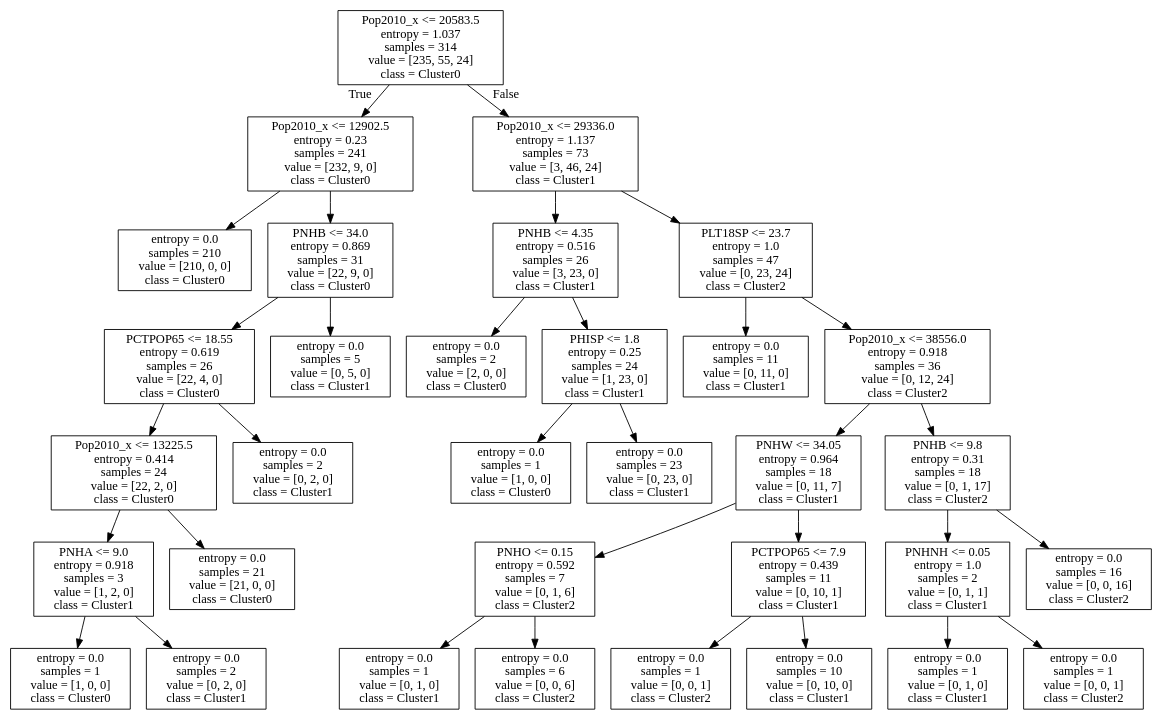
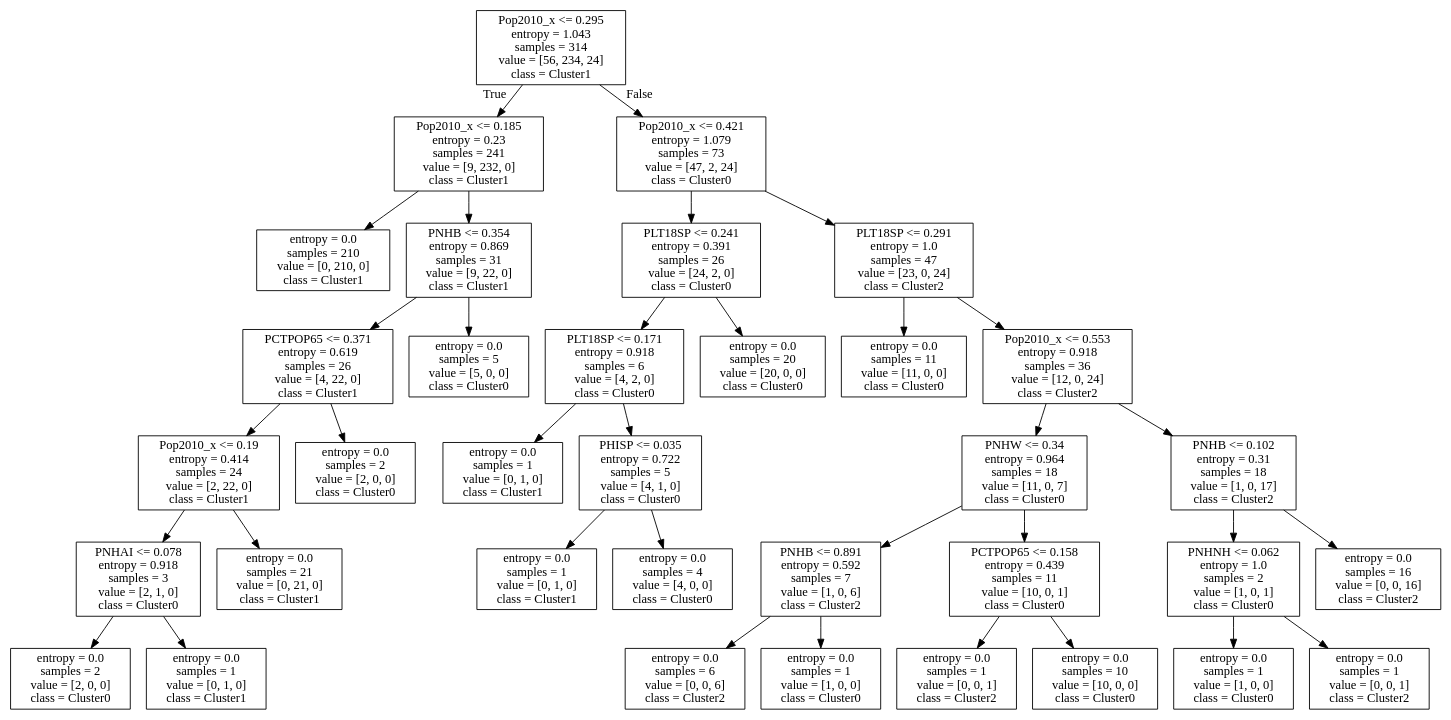
The diagram in tree_entropy.dot (arunkulkarni95/COSC467_FinalProject), drawn with Graphviz before and after one commit. The commit also changed 2 other files, not shown here.

```diff
--- a/tree_entropy.dot
+++ b/tree_entropy.dot
@@ -1,68 +1,72 @@
 digraph Tree {
 node [shape=box] ;
-0 [label="Pop2010_x <= 20583.5\nentropy = 1.037\nsamples = 314\nvalue = [235, 55, 24]\nclass = Cluster0"] ;
-1 [label="Pop2010_x <= 12902.5\nentropy = 0.23\nsamples = 241\nvalue = [232, 9, 0]\nclass = Cluster0"] ;
+0 [label="Pop2010_x <= 0.295\nentropy = 1.043\nsamples = 314\nvalue = [56, 234, 24]\nclass = Cluster1"] ;
+1 [label="Pop2010_x <= 0.185\nentropy = 0.23\nsamples = 241\nvalue = [9, 232, 0]\nclass = Cluster1"] ;
 0 -> 1 [labeldistance=2.5, labelangle=45, headlabel="True"] ;
-2 [label="entropy = 0.0\nsamples = 210\nvalue = [210, 0, 0]\nclass = Cluster0"] ;
+2 [label="entropy = 0.0\nsamples = 210\nvalue = [0, 210, 0]\nclass = Cluster1"] ;
 1 -> 2 ;
-3 [label="PNHB <= 34.0\nentropy = 0.869\nsamples = 31\nvalue = [22, 9, 0]\nclass = Cluster0"] ;
+3 [label="PNHB <= 0.354\nentropy = 0.869\nsamples = 31\nvalue = [9, 22, 0]\nclass = Cluster1"] ;
 1 -> 3 ;
-4 [label="PCTPOP65 <= 18.55\nentropy = 0.619\nsamples = 26\nvalue = [22, 4, 0]\nclass = Cluster0"] ;
+4 [label="PCTPOP65 <= 0.371\nentropy = 0.619\nsamples = 26\nvalue = [4, 22, 0]\nclass = Cluster1"] ;
 3 -> 4 ;
-5 [label="Pop2010_x <= 13225.5\nentropy = 0.414\nsamples = 24\nvalue = [22, 2, 0]\nclass = Cluster0"] ;
+5 [label="Pop2010_x <= 0.19\nentropy = 0.414\nsamples = 24\nvalue = [2, 22, 0]\nclass = Cluster1"] ;
 4 -> 5 ;
-6 [label="PNHA <= 9.0\nentropy = 0.918\nsamples = 3\nvalue = [1, 2, 0]\nclass = Cluster1"] ;
+6 [label="PNHAI <= 0.078\nentropy = 0.918\nsamples = 3\nvalue = [2, 1, 0]\nclass = Cluster0"] ;
 5 -> 6 ;
-7 [label="entropy = 0.0\nsamples = 1\nvalue = [1, 0, 0]\nclass = Cluster0"] ;
+7 [label="entropy = 0.0\nsamples = 2\nvalue = [2, 0, 0]\nclass = Cluster0"] ;
 6 -> 7 ;
-8 [label="entropy = 0.0\nsamples = 2\nvalue = [0, 2, 0]\nclass = Cluster1"] ;
+8 [label="entropy = 0.0\nsamples = 1\nvalue = [0, 1, 0]\nclass = Cluster1"] ;
 6 -> 8 ;
-9 [label="entropy = 0.0\nsamples = 21\nvalue = [21, 0, 0]\nclass = Cluster0"] ;
+9 [label="entropy = 0.0\nsamples = 21\nvalue = [0, 21, 0]\nclass = Cluster1"] ;
 5 -> 9 ;
-10 [label="entropy = 0.0\nsamples = 2\nvalue = [0, 2, 0]\nclass = Cluster1"] ;
+10 [label="entropy = 0.0\nsamples = 2\nvalue = [2, 0, 0]\nclass = Cluster0"] ;
 4 -> 10 ;
-11 [label="entropy = 0.0\nsamples = 5\nvalue = [0, 5, 0]\nclass = Cluster1"] ;
+11 [label="entropy = 0.0\nsamples = 5\nvalue = [5, 0, 0]\nclass = Cluster0"] ;
 3 -> 11 ;
-12 [label="Pop2010_x <= 29336.0\nentropy = 1.137\nsamples = 73\nvalue = [3, 46, 24]\nclass = Cluster1"] ;
+12 [label="Pop2010_x <= 0.421\nentropy = 1.079\nsamples = 73\nvalue = [47, 2, 24]\nclass = Cluster0"] ;
 0 -> 12 [labeldistance=2.5, labelangle=-45, headlabel="False"] ;
-13 [label="PNHB <= 4.35\nentropy = 0.516\nsamples = 26\nvalue = [3, 23, 0]\nclass = Cluster1"] ;
+13 [label="PLT18SP <= 0.241\nentropy = 0.391\nsamples = 26\nvalue = [24, 2, 0]\nclass = Cluster0"] ;
 12 -> 13 ;
-14 [label="entropy = 0.0\nsamples = 2\nvalue = [2, 0, 0]\nclass = Cluster0"] ;
+14 [label="PLT18SP <= 0.171\nentropy = 0.918\nsamples = 6\nvalue = [4, 2, 0]\nclass = Cluster0"] ;
 13 -> 14 ;
-15 [label="PHISP <= 1.8\nentropy = 0.25\nsamples = 24\nvalue = [1, 23, 0]\nclass = Cluster1"] ;
-13 -> 15 ;
-16 [label="entropy = 0.0\nsamples = 1\nvalue = [1, 0, 0]\nclass = Cluster0"] ;
-15 -> 16 ;
-17 [label="entropy = 0.0\nsamples = 23\nvalue = [0, 23, 0]\nclass = Cluster1"] ;
-15 -> 17 ;
-18 [label="PLT18SP <= 23.7\nentropy = 1.0\nsamples = 47\nvalue = [0, 23, 24]\nclass = Cluster2"] ;
-12 -> 18 ;
-19 [label="entropy = 0.0\nsamples = 11\nvalue = [0, 11, 0]\nclass = Cluster1"] ;
-18 -> 19 ;
-20 [label="Pop2010_x <= 38556.0\nentropy = 0.918\nsamples = 36\nvalue = [0, 12, 24]\nclass = Cluster2"] ;
-18 -> 20 ;
-21 [label="PNHW <= 34.05\nentropy = 0.964\nsamples = 18\nvalue = [0, 11, 7]\nclass = Cluster1"] ;
+15 [label="entropy = 0.0\nsamples = 1\nvalue = [0, 1, 0]\nclass = Cluster1"] ;
+14 -> 15 ;
+16 [label="PHISP <= 0.035\nentropy = 0.722\nsamples = 5\nvalue = [4, 1, 0]\nclass = Cluster0"] ;
+14 -> 16 ;
+17 [label="entropy = 0.0\nsamples = 1\nvalue = [0, 1, 0]\nclass = Cluster1"] ;
+16 -> 17 ;
+18 [label="entropy = 0.0\nsamples = 4\nvalue = [4, 0, 0]\nclass = Cluster0"] ;
+16 -> 18 ;
+19 [label="entropy = 0.0\nsamples = 20\nvalue = [20, 0, 0]\nclass = Cluster0"] ;
+13 -> 19 ;
+20 [label="PLT18SP <= 0.291\nentropy = 1.0\nsamples = 47\nvalue = [23, 0, 24]\nclass = Cluster2"] ;
+12 -> 20 ;
+21 [label="entropy = 0.0\nsamples = 11\nvalue = [11, 0, 0]\nclass = Cluster0"] ;
 20 -> 21 ;
-22 [label="PNHO <= 0.15\nentropy = 0.592\nsamples = 7\nvalue = [0, 1, 6]\nclass = Cluster2"] ;
-21 -> 22 ;
-23 [label="entropy = 0.0\nsamples = 1\nvalue = [0, 1, 0]\nclass = Cluster1"] ;
+22 [label="Pop2010_x <= 0.553\nentropy = 0.918\nsamples = 36\nvalue = [12, 0, 24]\nclass = Cluster2"] ;
+20 -> 22 ;
+23 [label="PNHW <= 0.34\nentropy = 0.964\nsamples = 18\nvalue = [11, 0, 7]\nclass = Cluster0"] ;
 22 -> 23 ;
-24 [label="entropy = 0.0\nsamples = 6\nvalue = [0, 0, 6]\nclass = Cluster2"] ;
-22 -> 24 ;
-25 [label="PCTPOP65 <= 7.9\nentropy = 0.439\nsamples = 11\nvalue = [0, 10, 1]\nclass = Cluster1"] ;
-21 -> 25 ;
-26 [label="entropy = 0.0\nsamples = 1\nvalue = [0, 0, 1]\nclass = Cluster2"] ;
-25 -> 26 ;
-27 [label="entropy = 0.0\nsamples = 10\nvalue = [0, 10, 0]\nclass = Cluster1"] ;
-25 -> 27 ;
-28 [label="PNHB <= 9.8\nentropy = 0.31\nsamples = 18\nvalue = [0, 1, 17]\nclass = Cluster2"] ;
-20 -> 28 ;
-29 [label="PNHNH <= 0.05\nentropy = 1.0\nsamples = 2\nvalue = [0, 1, 1]\nclass = Cluster1"] ;
-28 -> 29 ;
-30 [label="entropy = 0.0\nsamples = 1\nvalue = [0, 1, 0]\nclass = Cluster1"] ;
-29 -> 30 ;
-31 [label="entropy = 0.0\nsamples = 1\nvalue = [0, 0, 1]\nclass = Cluster2"] ;
-29 -> 31 ;
-32 [label="entropy = 0.0\nsamples = 16\nvalue = [0, 0, 16]\nclass = Cluster2"] ;
-28 -> 32 ;
+24 [label="PNHB <= 0.891\nentropy = 0.592\nsamples = 7\nvalue = [1, 0, 6]\nclass = Cluster2"] ;
+23 -> 24 ;
+25 [label="entropy = 0.0\nsamples = 6\nvalue = [0, 0, 6]\nclass = Cluster2"] ;
+24 -> 25 ;
+26 [label="entropy = 0.0\nsamples = 1\nvalue = [1, 0, 0]\nclass = Cluster0"] ;
+24 -> 26 ;
+27 [label="PCTPOP65 <= 0.158\nentropy = 0.439\nsamples = 11\nvalue = [10, 0, 1]\nclass = Cluster0"] ;
+23 -> 27 ;
+28 [label="entropy = 0.0\nsamples = 1\nvalue = [0, 0, 1]\nclass = Cluster2"] ;
+27 -> 28 ;
+29 [label="entropy = 0.0\nsamples = 10\nvalue = [10, 0, 0]\nclass = Cluster0"] ;
+27 -> 29 ;
+30 [label="PNHB <= 0.102\nentropy = 0.31\nsamples = 18\nvalue = [1, 0, 17]\nclass = Cluster2"] ;
+22 -> 30 ;
+31 [label="PNHNH <= 0.062\nentropy = 1.0\nsamples = 2\nvalue = [1, 0, 1]\nclass = Cluster0"] ;
+30 -> 31 ;
+32 [label="entropy = 0.0\nsamples = 1\nvalue = [1, 0, 0]\nclass = Cluster0"] ;
+31 -> 32 ;
+33 [label="entropy = 0.0\nsamples = 1\nvalue = [0, 0, 1]\nclass = Cluster2"] ;
+31 -> 33 ;
+34 [label="entropy = 0.0\nsamples = 16\nvalue = [0, 0, 16]\nclass = Cluster2"] ;
+30 -> 34 ;
 }
```
